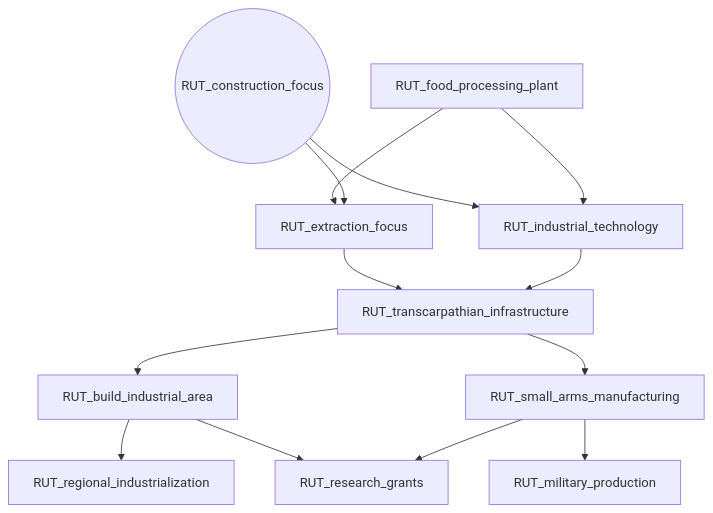
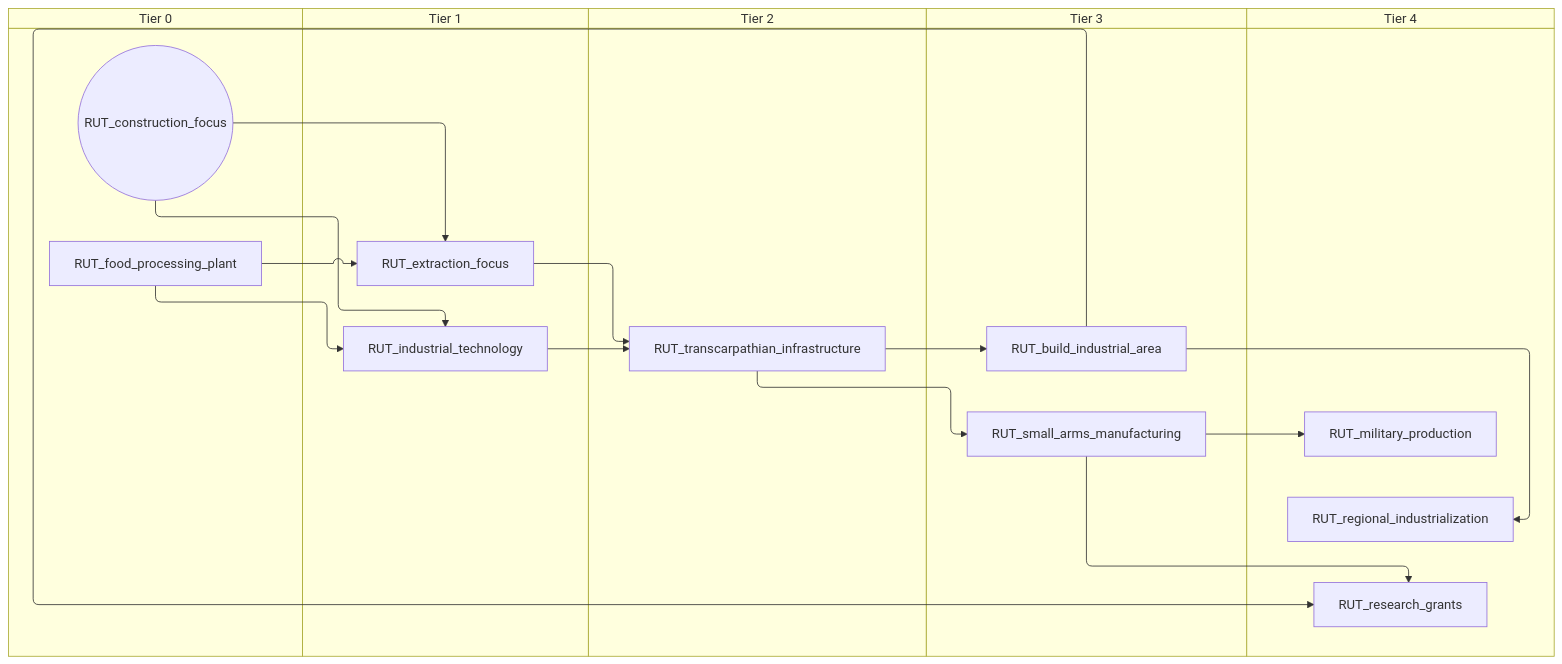
One commit to evgeny-sobol/hoi4-sandbox-mode-r56 changed the third of 8 diagrams in docs/gdd/National Focuses/r56/ruthenia.md. Above: the diagram before and after it, drawn with Mermaid. The commit also changed other lines of this file and 423 other files, not shown here.

First line of the commit message:
Re-export Rt56 focus trees as swimlane diagrams

````diff
--- a/docs/gdd/National Focuses/r56/ruthenia.md
+++ b/docs/gdd/National Focuses/r56/ruthenia.md
@@ -252,25 +280,35 @@
 ```mermaid
-flowchart TD
-    n70["RUT_build_industrial_area"]
-    n71(("RUT_construction_focus"))
-    n72["RUT_extraction_focus"]
-    n73["RUT_food_processing_plant"]
-    n74["RUT_industrial_technology"]
-    n75["RUT_military_production"]
-    n76["RUT_regional_industrialization"]
-    n77["RUT_research_grants"]
-    n78["RUT_small_arms_manufacturing"]
-    n79["RUT_transcarpathian_infrastructure"]
-    n79 --> n70
-    n73 --> n72
+swimlane-beta TD
+    subgraph tier_0["Tier 0"]
+        n70(("RUT_construction_focus"))
+        n71["RUT_food_processing_plant"]
+    end
+    subgraph tier_1["Tier 1"]
+        n72["RUT_extraction_focus"]
+        n73["RUT_industrial_technology"]
+    end
+    subgraph tier_2["Tier 2"]
+        n74["RUT_transcarpathian_infrastructure"]
+    end
+    subgraph tier_3["Tier 3"]
+        n75["RUT_build_industrial_area"]
+        n76["RUT_small_arms_manufacturing"]
+    end
+    subgraph tier_4["Tier 4"]
+        n77["RUT_military_production"]
+        n78["RUT_regional_industrialization"]
+        n79["RUT_research_grants"]
+    end
+    n74 --> n75
     n71 --> n72
-    n71 --> n74
+    n70 --> n72
+    n70 --> n73
+    n71 --> n73
+    n76 --> n77
+    n75 --> n78
+    n75 --> n79
+    n76 --> n79
+    n74 --> n76
+    n72 --> n74
     n73 --> n74
-    n78 --> n75
-    n70 --> n76
-    n70 --> n77
-    n78 --> n77
-    n79 --> n78
-    n72 --> n79
-    n74 --> n79
 ```
````
